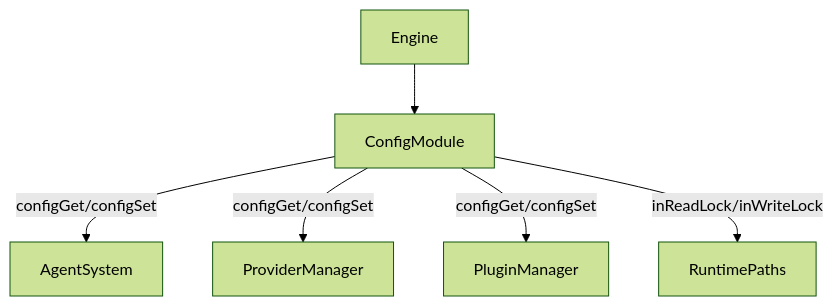
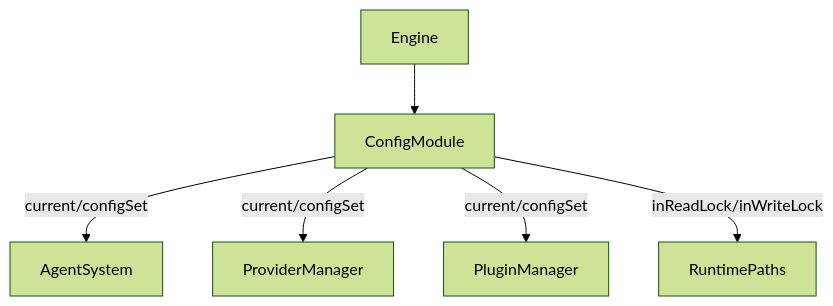
The second of 4 diagrams in docs/config-reload-locking.md (ex3ndr-bot/daycare), drawn with Mermaid (forest theme) before and after one commit. The commit also changed 8 other files, not shown here.

Commit message:
refactor(engine): rename configGet to current

````diff
--- a/docs/config-reload-locking.md
+++ b/docs/config-reload-locking.md
@@ -48,8 +48,8 @@
 ```mermaid
 flowchart TD
   Engine --> ConfigModule
-  ConfigModule -->|configGet/configSet| AgentSystem
-  ConfigModule -->|configGet/configSet| ProviderManager
-  ConfigModule -->|configGet/configSet| PluginManager
+  ConfigModule -->|current/configSet| AgentSystem
+  ConfigModule -->|current/configSet| ProviderManager
+  ConfigModule -->|current/configSet| PluginManager
   ConfigModule -->|inReadLock/inWriteLock| RuntimePaths
 ```
````
